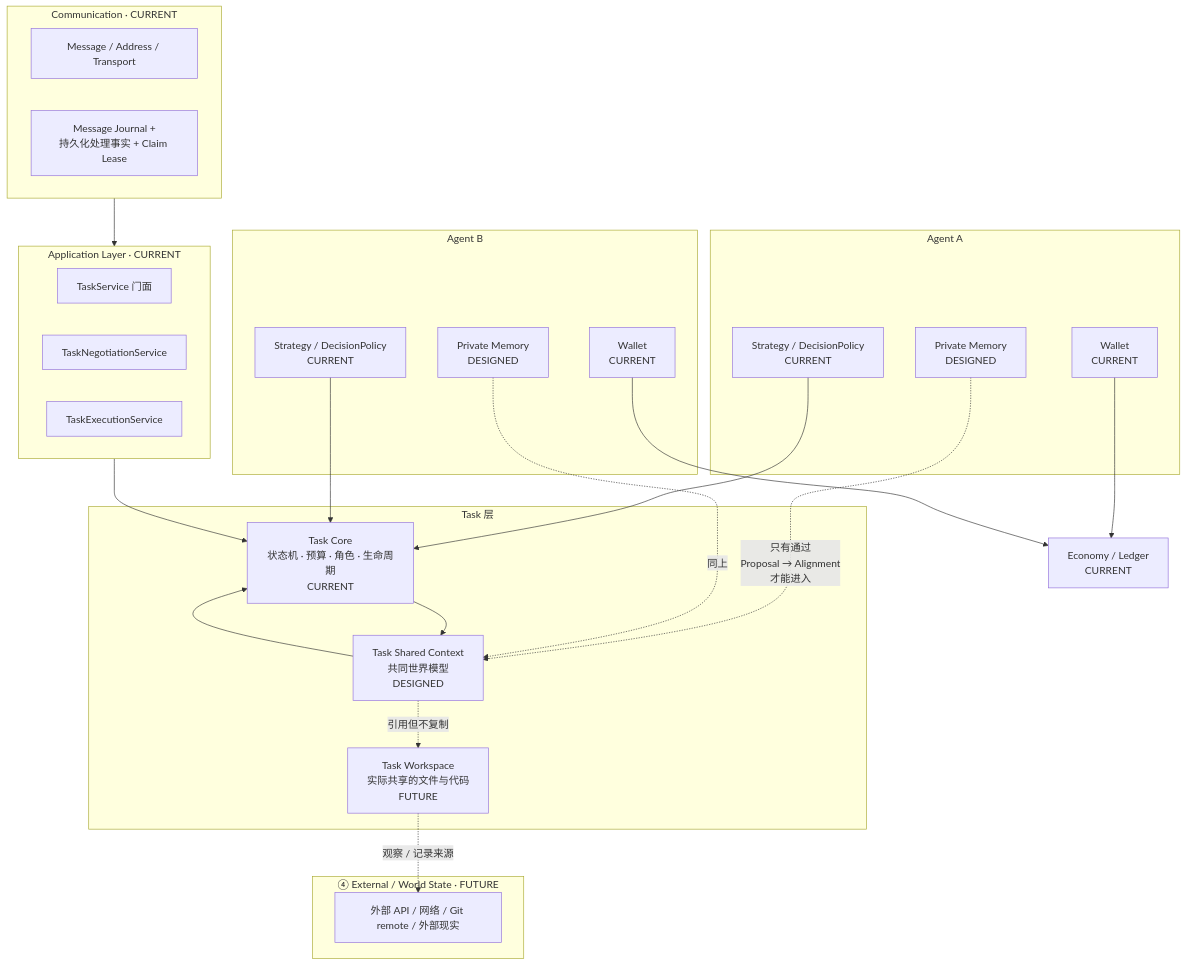
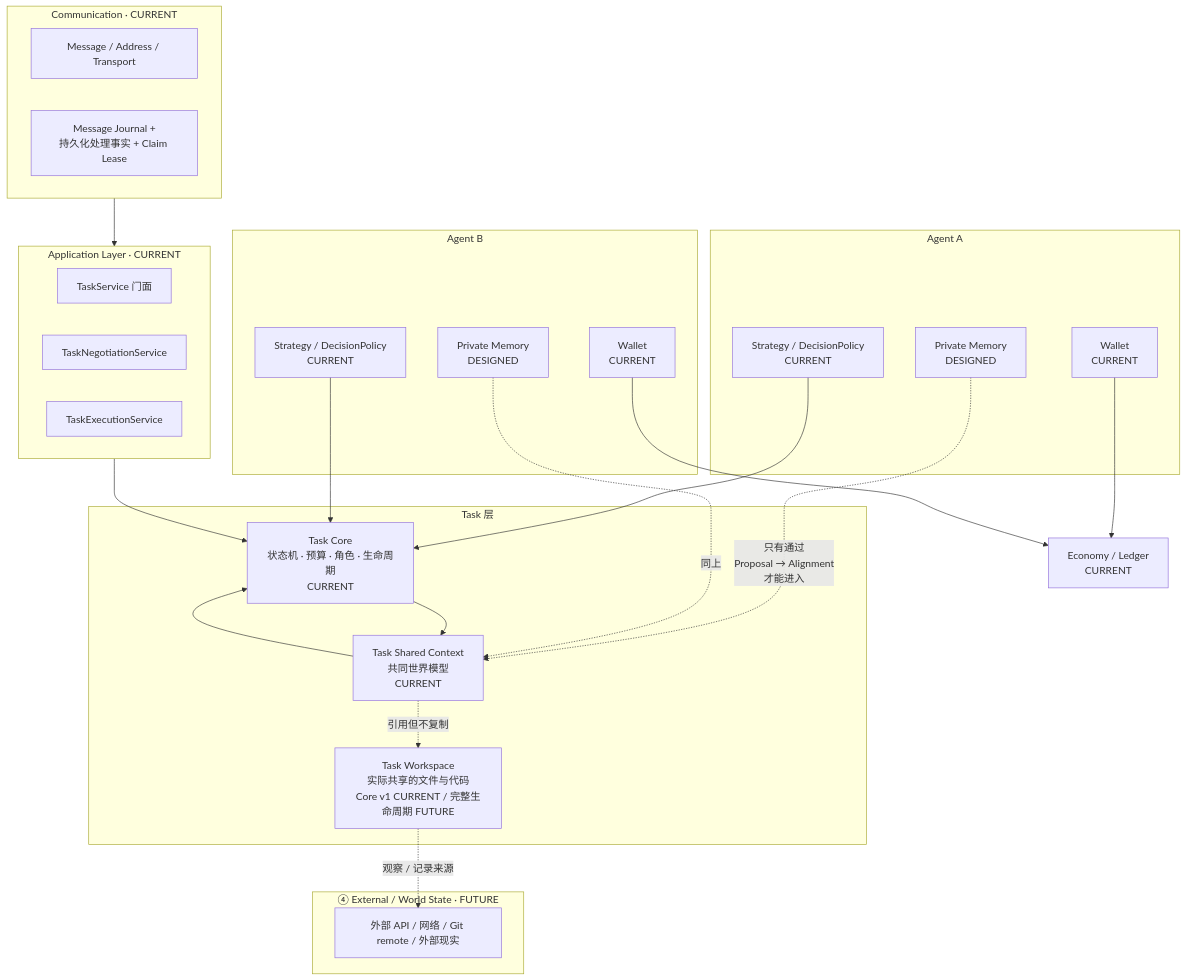
Before and after one commit to qiaoshengqiang/ai-economy: the diagram in docs/architecture/ARCHITECTURE_CONSTITUTION.md, drawn with Mermaid. The commit also changed other lines of this file and 51 other files, not shown here.

````diff
--- a/docs/architecture/ARCHITECTURE_CONSTITUTION.md
+++ b/docs/architecture/ARCHITECTURE_CONSTITUTION.md
@@ -244,50 +242,50 @@
 ```mermaid
 graph TB
     subgraph External["④ External / World State  ·  FUTURE"]
         EXT[外部 API / 网络 / Git remote / 外部现实]
     end
 
     subgraph TaskLayer["Task 层"]
         TC[Task Core<br/>状态机 · 预算 · 角色 · 生命周期<br/>CURRENT]
-        TSC[Task Shared Context<br/>共同世界模型<br/>DESIGNED]
-        TW[Task Workspace<br/>实际共享的文件与代码<br/>FUTURE]
+        TSC[Task Shared Context<br/>共同世界模型<br/>CURRENT]
+        TW[Task Workspace<br/>实际共享的文件与代码<br/>Core v1 CURRENT / 完整生命周期 FUTURE]
     end
 
     subgraph AgentA["Agent A"]
         AM_A[Private Memory<br/>DESIGNED]
         AS_A[Strategy / DecisionPolicy<br/>CURRENT]
         AW_A[Wallet<br/>CURRENT]
     end
 
     subgraph AgentB["Agent B"]
         AM_B[Private Memory<br/>DESIGNED]
         AS_B[Strategy / DecisionPolicy<br/>CURRENT]
         AW_B[Wallet<br/>CURRENT]
     end
 
     subgraph Comm["Communication · CURRENT"]
         MSG[Message / Address / Transport]
         JRNL[Message Journal +<br/>持久化处理事实 + Claim Lease]
     end
 
     subgraph App["Application Layer · CURRENT"]
         SVC[TaskService 门面]
         NEG[TaskNegotiationService]
         EXE[TaskExecutionService]
     end
 
     ECO[Economy / Ledger<br/>CURRENT]
 
     AM_A -.->|只有通过<br/>Proposal → Alignment<br/>才能进入| TSC
     AM_B -.->|同上| TSC
     AS_A --> TC
     AS_B --> TC
     TSC --> TC
     TSC -.->|引用但不复制| TW
     TW -.->|观察 / 记录来源| EXT
     AW_A --> ECO
     AW_B --> ECO
     Comm --> App
     App --> TC
     TC --> TSC
 ```
````
